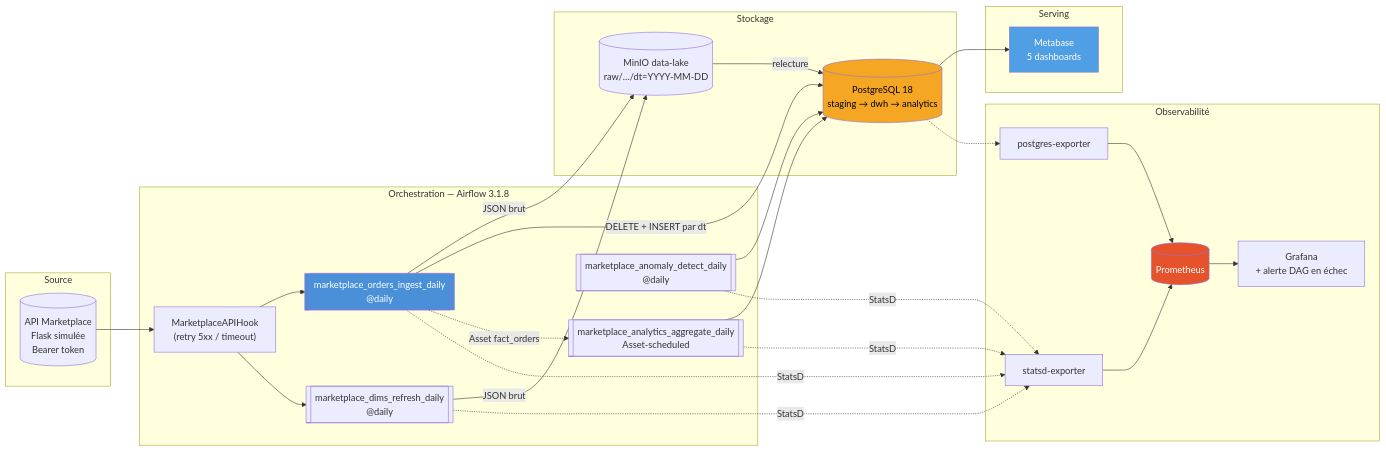
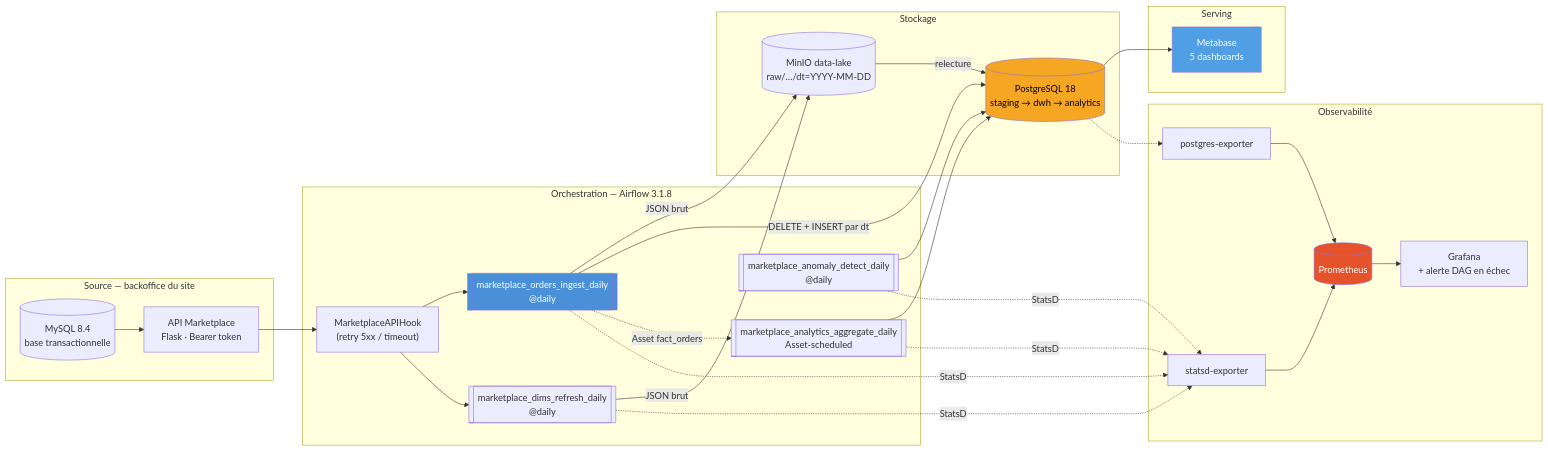
The first of 3 diagrams in README.md (Akerman64/marketplace-analytics), drawn with Mermaid before and after one commit. The commit also changed other lines of this file and 16 other files, not shown here.

First line of the commit message:
Base MySQL du site derrière l'API, scripts de démo et aide-mémoire

````diff
--- a/README.md
+++ b/README.md
@@ -24,43 +25,45 @@
 ```mermaid
 flowchart LR
-  subgraph SRC["Source"]
-    API[("API Marketplace<br/>Flask simulée<br/>Bearer token")]
+  subgraph SRC["Source — backoffice du site"]
+    OLTP[("MySQL 8.4<br/>base transactionnelle")]
+    API["API Marketplace<br/>Flask · Bearer token"]
+    OLTP --> API
   end
   subgraph ORCH["Orchestration — Airflow 3.1.8"]
     HOOK["MarketplaceAPIHook<br/>(retry 5xx / timeout)"]
     DIMS[["marketplace_dims_refresh_daily<br/>@daily"]]
     ING[["marketplace_orders_ingest_daily<br/>@daily"]]
     AGG[["marketplace_analytics_aggregate_daily<br/>Asset-scheduled"]]
     ANO[["marketplace_anomaly_detect_daily<br/>@daily"]]
   end
   subgraph STORE["Stockage"]
     MINIO[("MinIO data-lake<br/>raw/…/dt=YYYY-MM-DD")]
     PG[("PostgreSQL 18<br/>staging → dwh → analytics")]
   end
   subgraph BI["Serving"]
     MB["Metabase<br/>5 dashboards"]
   end
   subgraph OBS["Observabilité"]
     STATSD["statsd-exporter"]
     PGX["postgres-exporter"]
     PROM[("Prometheus")]
     GRAF["Grafana<br/>+ alerte DAG en échec"]
   end
 
   API --> HOOK --> ING & DIMS
   ING -- "JSON brut" --> MINIO
   DIMS -- "JSON brut" --> MINIO
   MINIO -- "relecture" --> PG
   ING -- "DELETE + INSERT par dt" --> PG
   ING -. "Asset fact_orders" .-> AGG
   AGG --> PG
   ANO --> PG
   PG --> MB
   ING & DIMS & AGG & ANO -. StatsD .-> STATSD --> PROM
   PG -.-> PGX --> PROM --> GRAF
 
   style ING fill:#4a90d9,color:#fff
   style PG fill:#f5a623,color:#000
   style MB fill:#509ee3,color:#fff
   style PROM fill:#e6522c,color:#fff
 ```
````
